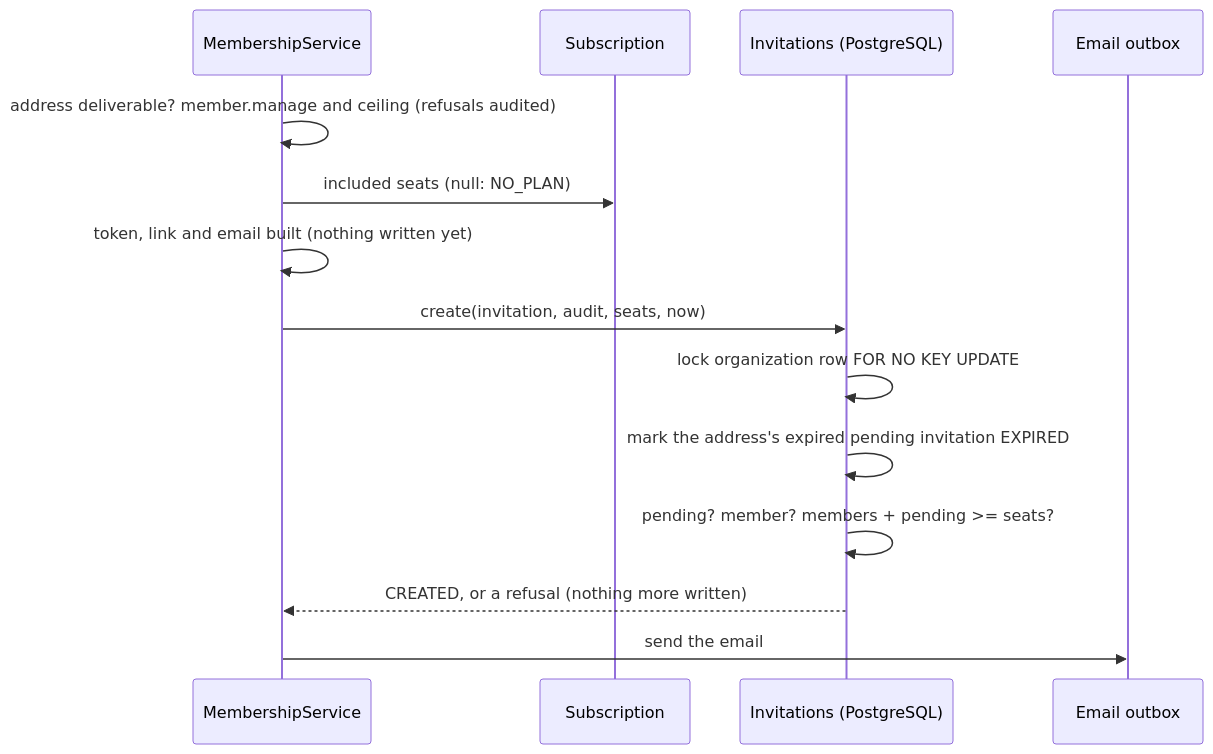
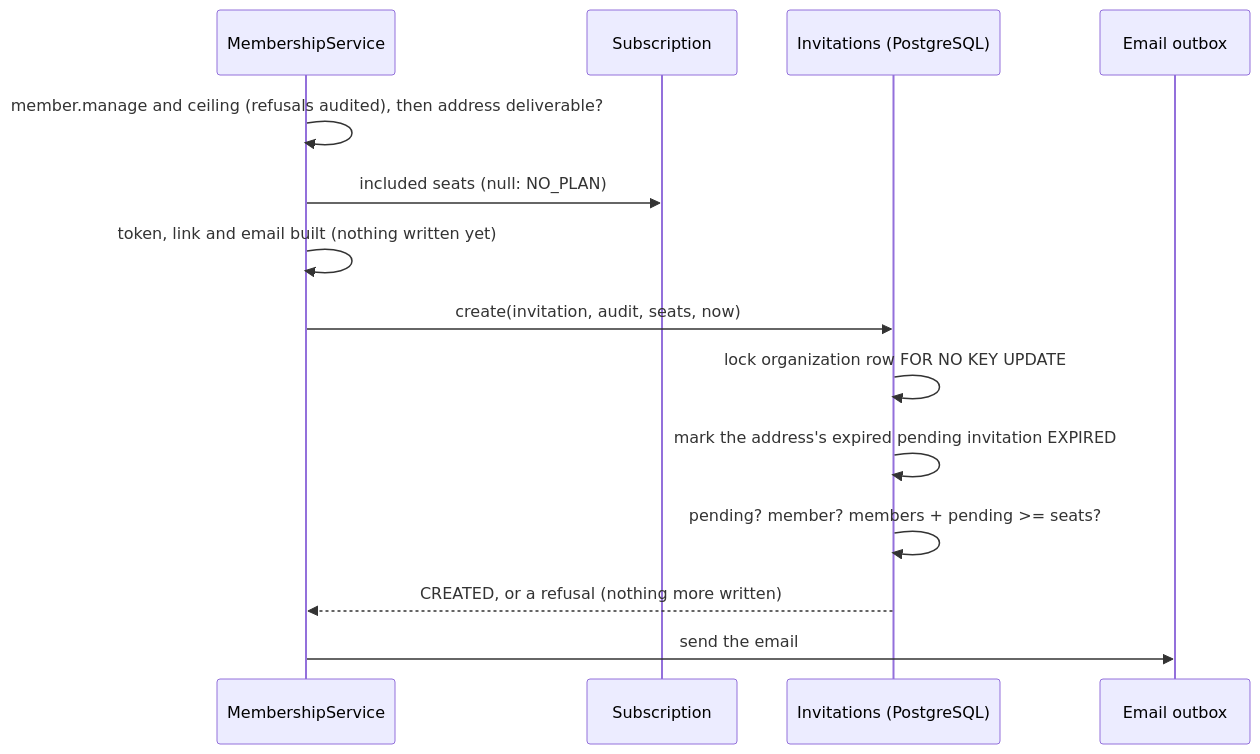
The diagram in docs/api-changes-at-6a.md (TakeTouhu/Real-Estate-Listing-Concept-Video), drawn with Mermaid before and after one commit. The commit also changed other lines of this file and 9 other files, not shown here.

````diff
--- a/docs/api-changes-at-6a.md
+++ b/docs/api-changes-at-6a.md
@@ -61,16 +63,16 @@
 ```mermaid
 sequenceDiagram
     participant S as MembershipService
     participant P as Subscription
     participant R as Invitations (PostgreSQL)
     participant M as Email outbox
-    S->>S: address deliverable? member.manage and ceiling (refusals audited)
+    S->>S: member.manage and ceiling (refusals audited), then address deliverable?
     S->>P: included seats (null: NO_PLAN)
     S->>S: token, link and email built (nothing written yet)
     S->>R: create(invitation, audit, seats, now)
     R->>R: lock organization row FOR NO KEY UPDATE
     R->>R: mark the address's expired pending invitation EXPIRED
     R->>R: pending? member? members + pending >= seats?
     R-->>S: CREATED, or a refusal (nothing more written)
     S->>M: send the email
 ```
````
